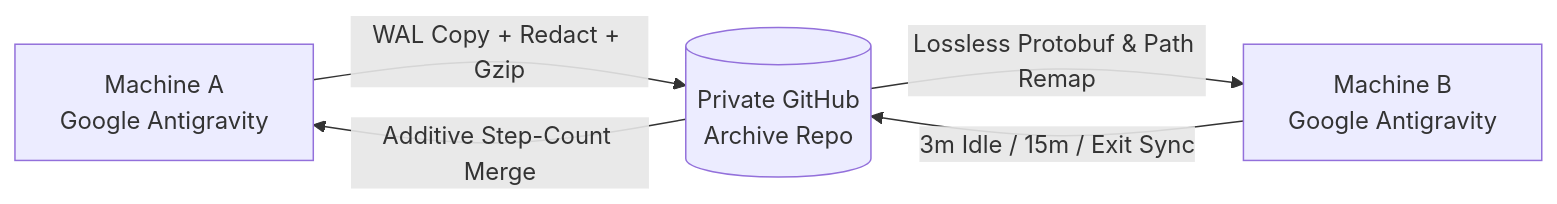
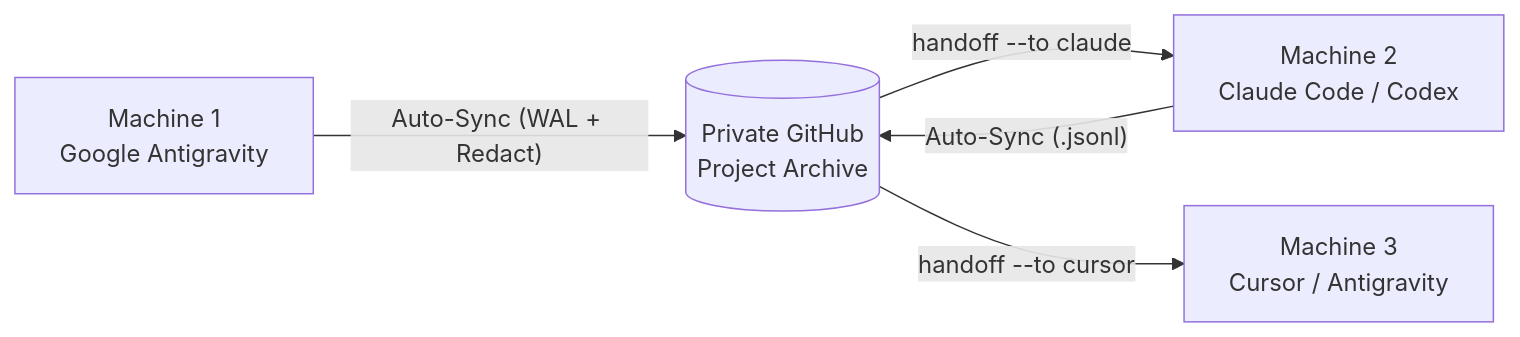
Before and after one commit to MahmoudELsawy0357/antigravity-chat-sync: the diagram in README.md, drawn with Mermaid. The commit also changed other lines of this file and 17 other files, not shown here.

Commit message:
feat(v2): add multi-agent sync & cross-agent session handoff for Claude Code, Codex, and Cursor

````diff
--- a/README.md
+++ b/README.md
@@ -54,7 +66,7 @@
 ```mermaid
 flowchart LR
-    A["Machine A<br/>Google Antigravity"] -- "WAL Copy + Redact + Gzip" --> G[("Private GitHub<br/>Archive Repo")]
-    G -- "Lossless Protobuf & Path Remap" --> B["Machine B<br/>Google Antigravity"]
-    B -- "3m Idle / 15m / Exit Sync" --> G
-    G -- "Additive Step-Count Merge" --> A
+    M1["Machine 1<br/>Google Antigravity"] -- "Auto-Sync (WAL + Redact)" --> GH[("Private GitHub<br/>Project Archive")]
+    GH -- "handoff --to claude" --> M2["Machine 2<br/>Claude Code / Codex"]
+    M2 -- "Auto-Sync (.jsonl)" --> GH
+    GH -- "handoff --to cursor" --> M3["Machine 3<br/>Cursor / Antigravity"]
 ```
````
